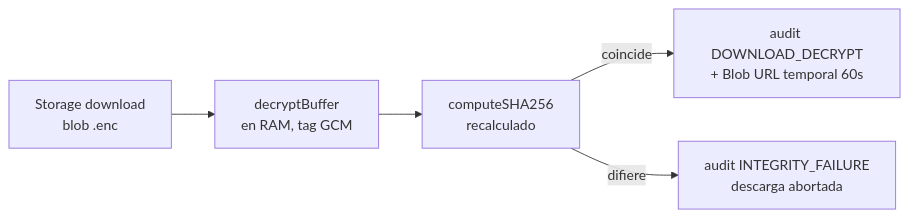
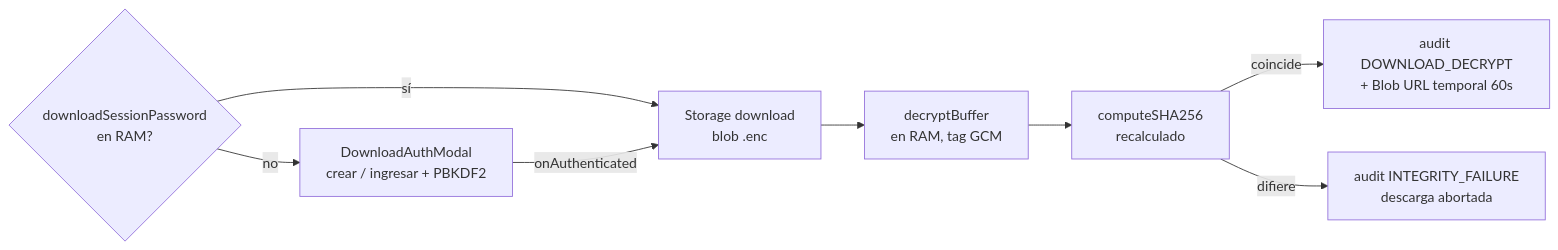
One commit to Gabi14544/INFINYX changed the second of 2 diagrams in README.md. Above: the diagram before and after it, drawn with Mermaid. The commit also changed other lines of this file and 10 other files, not shown here.

````diff
--- a/README.md
+++ b/README.md
@@ -206,7 +227,10 @@
 ```mermaid
 flowchart LR
+    G{downloadSessionPassword<br/>en RAM?} -->|sí| A
+    G -->|no| M[DownloadAuthModal<br/>crear / ingresar + PBKDF2]
+    M -->|onAuthenticated| A
     A[Storage download<br/>blob .enc] --> B[decryptBuffer<br/>en RAM, tag GCM]
     B --> C[computeSHA256<br/>recalculado]
     C -->|coincide| D[audit DOWNLOAD_DECRYPT<br/>+ Blob URL temporal 60s]
     C -->|difiere| E[audit INTEGRITY_FAILURE<br/>descarga abortada]
 ```
````
